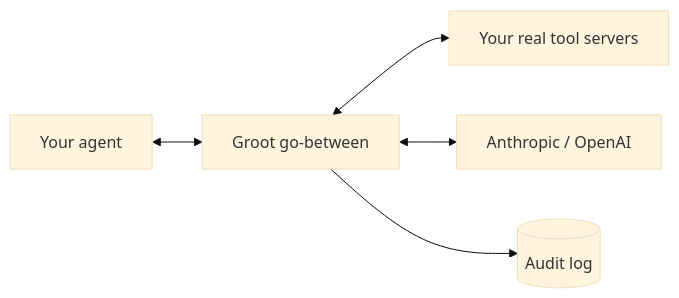
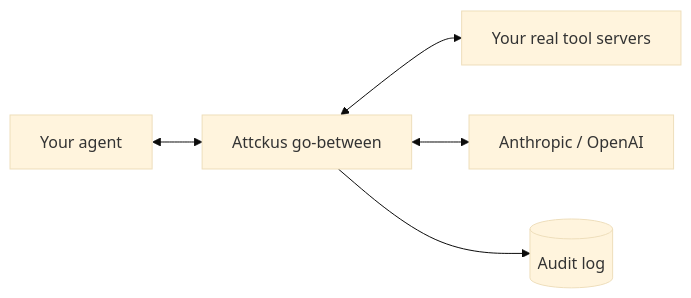
Before and after one commit to attckus/attckus: the first of 2 diagrams in docs/concepts.md, drawn with Mermaid (base theme). The commit also changed other lines of this file and 74 other files, not shown here.

````diff
--- a/docs/concepts.md
+++ b/docs/concepts.md
@@ -48,7 +48,7 @@
 ```mermaid
 flowchart LR
-  agent[Your agent] <--> groot[Groot go-between]
-  groot <--> tools[Your real tool servers]
-  groot <--> api[Anthropic / OpenAI]
-  groot --> log[(Audit log)]
+  agent[Your agent] <--> attckus[Attckus go-between]
+  attckus <--> tools[Your real tool servers]
+  attckus <--> api[Anthropic / OpenAI]
+  attckus --> log[(Audit log)]
 ```
````
